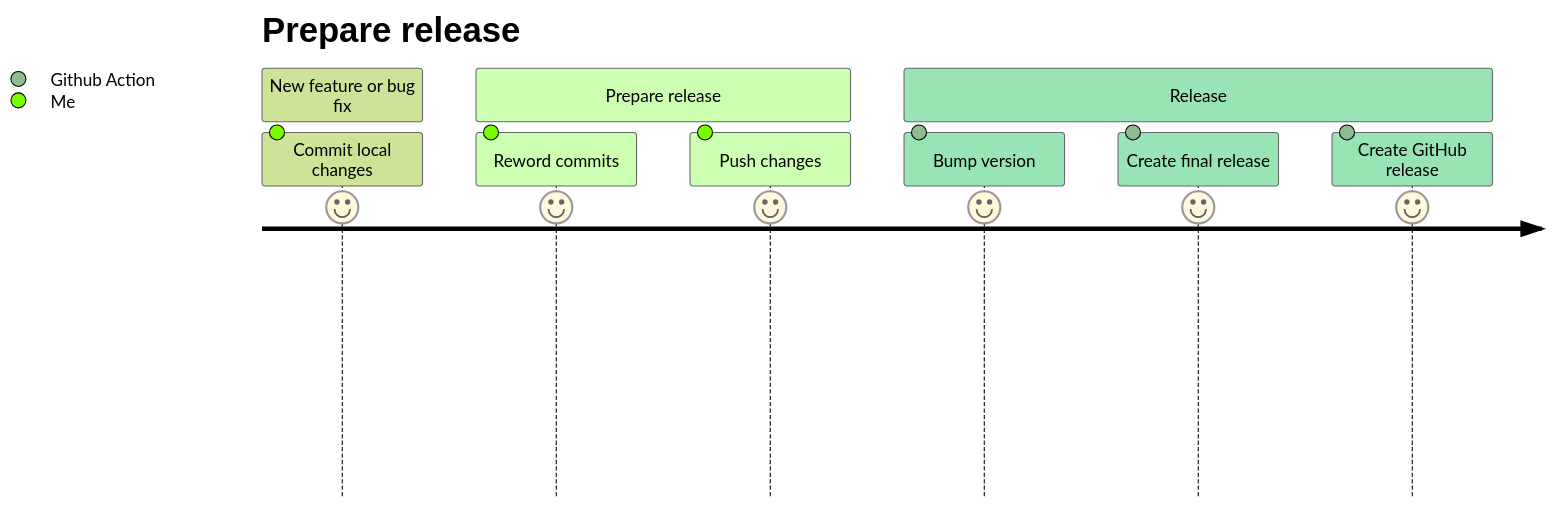
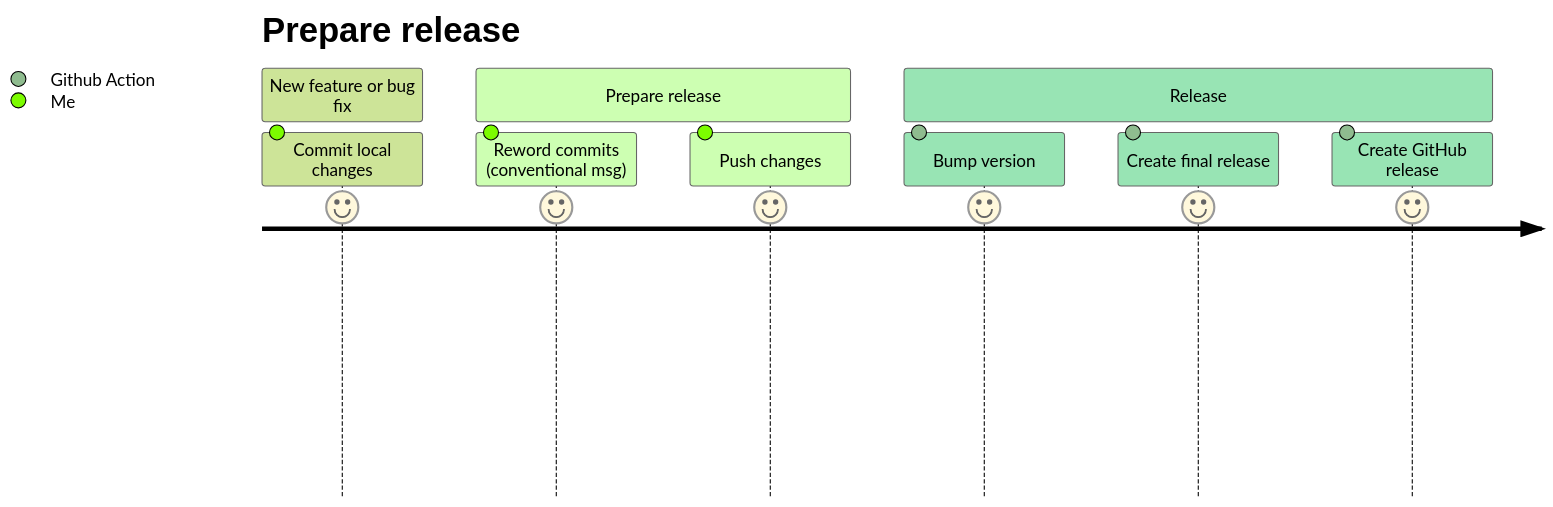
Before and after one commit to orange-cloudfoundry/k3s-wrapper-boshrelease: the third of 3 diagrams in CONTRIBUTING.md, drawn with Mermaid (forest theme).

````diff
--- a/CONTRIBUTING.md
+++ b/CONTRIBUTING.md
@@ -44,14 +44,14 @@
 ```mermaid
 journey
     title Contributing for a new release 
     section New feature or bug fix
         Commit local changes: 9: Me
     title Prepare release
     section Prepare release
-        Reword commits: 9: Me
+        Reword commits (conventional msg) : 9: Me
         Push changes: 9: Me
     section Release
         Bump version: 9: Github Action
         Create final release: 9: Github Action
         Create GitHub release: 9: Github Action
 ```
````
